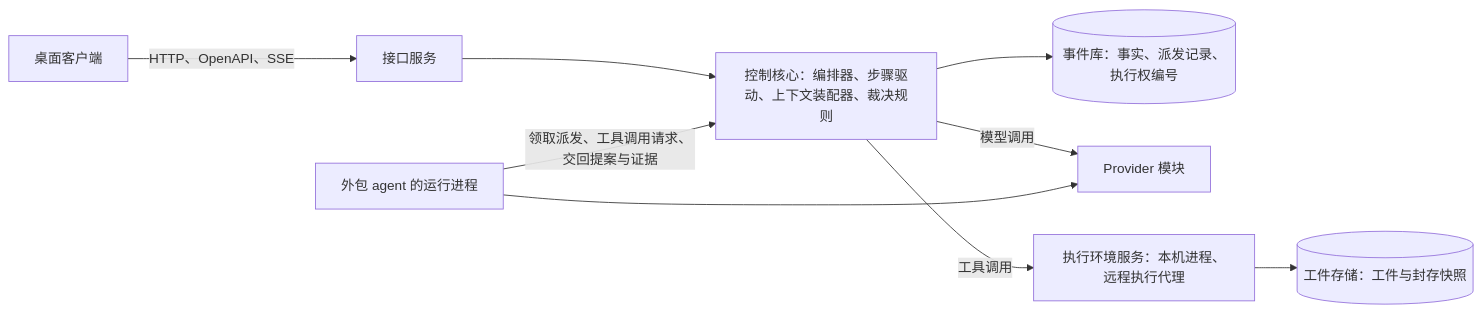
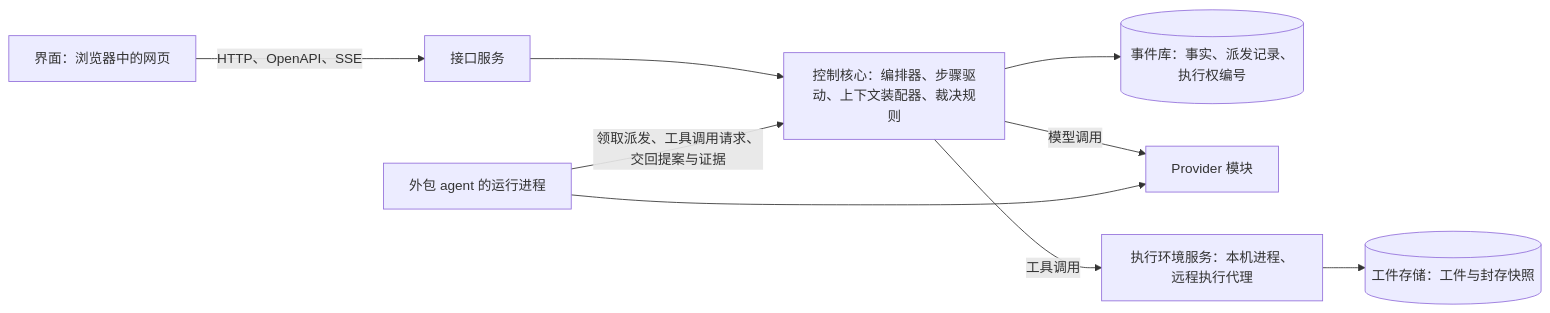
One commit to bender2333/yudao changed the second of 2 diagrams in docs/design/architecture/core-and-materials.md. Above: the diagram before and after it, drawn with Mermaid. The commit also changed other lines of this file and 31 other files, not shown here.

````diff
--- a/docs/design/architecture/core-and-materials.md
+++ b/docs/design/architecture/core-and-materials.md
@@ -206,11 +206,11 @@
 ```mermaid
 flowchart LR
-  Desktop["桌面客户端"] -->|"HTTP、OpenAPI、SSE"| Gateway["接口服务"]
+  Desktop["界面：浏览器中的网页"] -->|"HTTP、OpenAPI、SSE"| Gateway["接口服务"]
   Gateway --> Core["控制核心：编排器、步骤驱动、上下文装配器、裁决规则"]
   Core --> Events[("事件库：事实、派发记录、执行权编号")]
   Core -->|"模型调用"| Provider["Provider 模块"]
   Core -->|"工具调用"| Tools["执行环境服务：本机进程、远程执行代理"]
   Ext["外包 agent 的运行进程"] -->|"领取派发、工具调用请求、交回提案与证据"| Core
   Ext --> Provider
   Tools --> Objects[("工件存储：工件与封存快照")]
 ```
````
